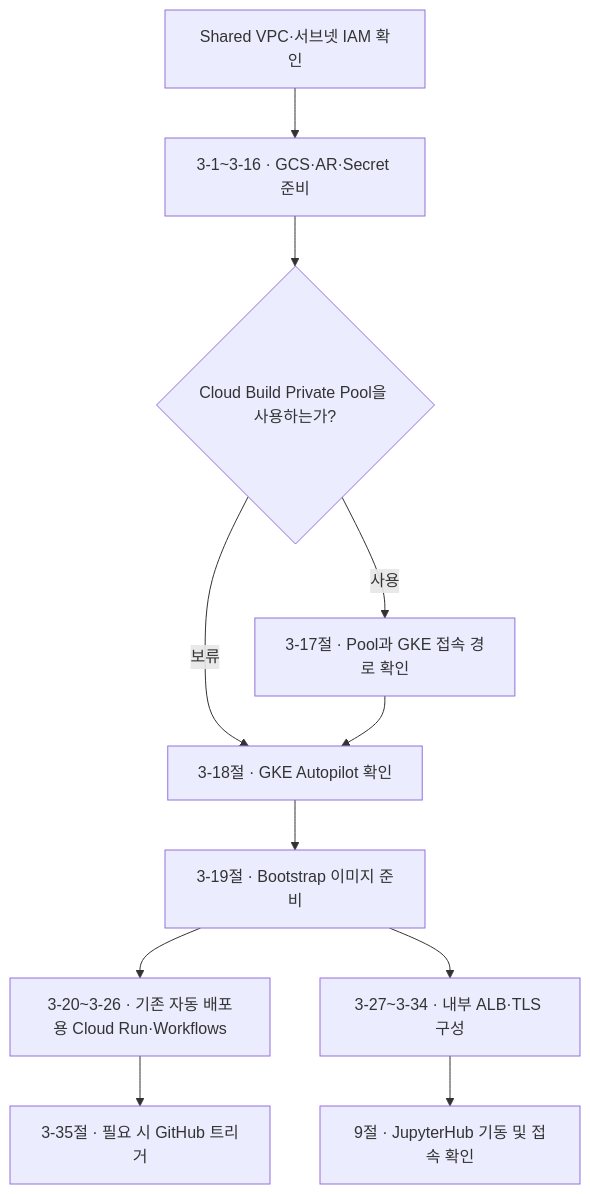
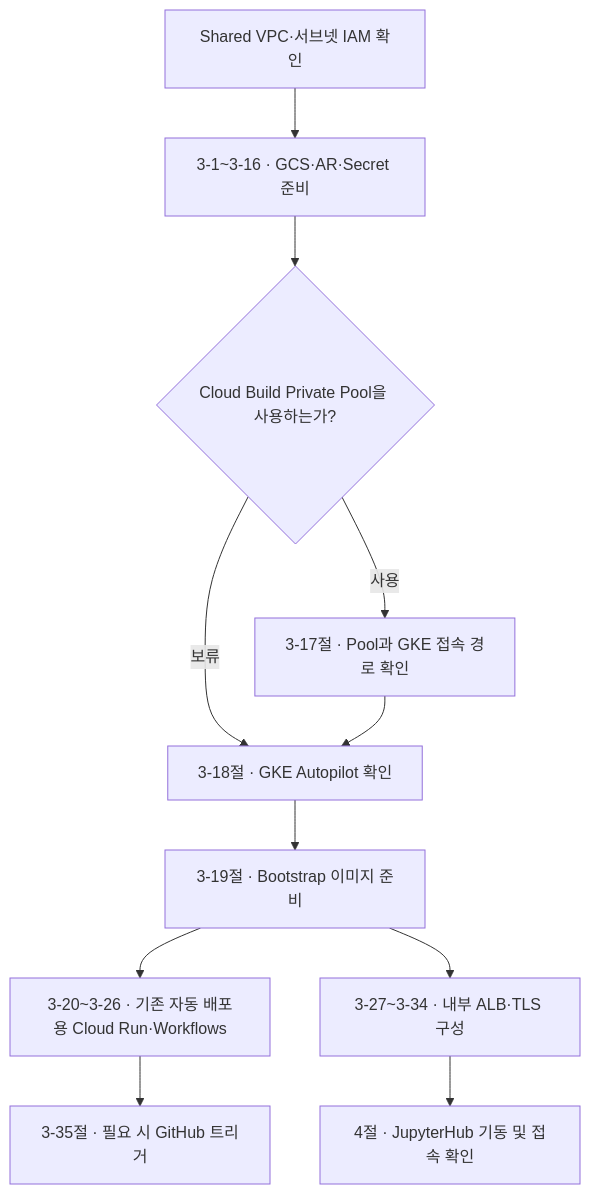
One commit to sonmap/https-github.com-sonmap-GCP_SBX_Test02 changed the sixth of 9 diagrams in 02.infra-setup/infra-setup-commend.md. Above: the diagram before and after it, drawn with Mermaid. The commit also changed other lines of this file, not shown here.

Commit message:
Group JupyterHub setup and separate deployment reference material

````diff
--- a/02.infra-setup/infra-setup-commend.md
+++ b/02.infra-setup/infra-setup-commend.md
@@ -1279,13 +1234,13 @@
 ```mermaid
 flowchart TD
     A["Shared VPC·서브넷 IAM 확인"] --> B["3-1~3-16 · GCS·AR·Secret 준비"]
     B --> C{"Cloud Build Private Pool을 사용하는가?"}
     C -->|사용| D["3-17절 · Pool과 GKE 접속 경로 확인"]
     C -->|보류| E["3-18절 · GKE Autopilot 확인"]
     D --> E
     E --> F["3-19절 · Bootstrap 이미지 준비"]
     F --> G["3-20~3-26 · 기존 자동 배포용 Cloud Run·Workflows"]
     F --> H["3-27~3-34 · 내부 ALB·TLS 구성"]
     G --> I["3-35절 · 필요 시 GitHub 트리거"]
-    H --> J["9절 · JupyterHub 기동 및 접속 확인"]
+    H --> J["4절 · JupyterHub 기동 및 접속 확인"]
 ```
````
